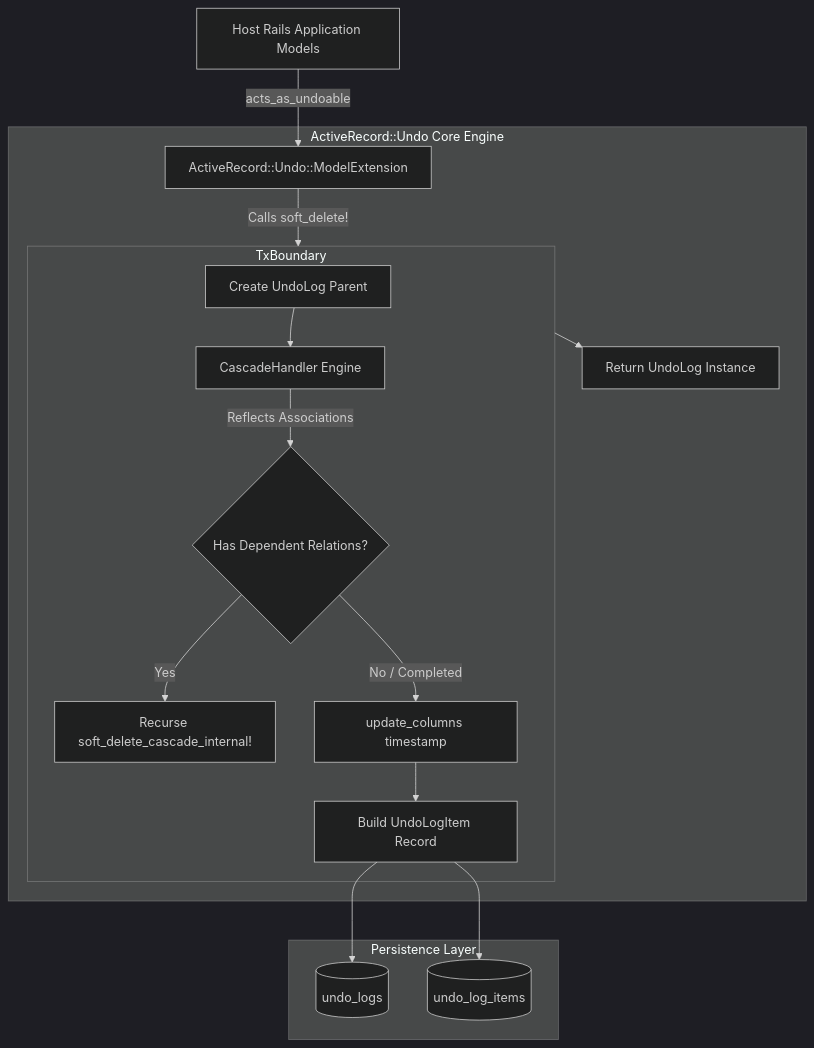
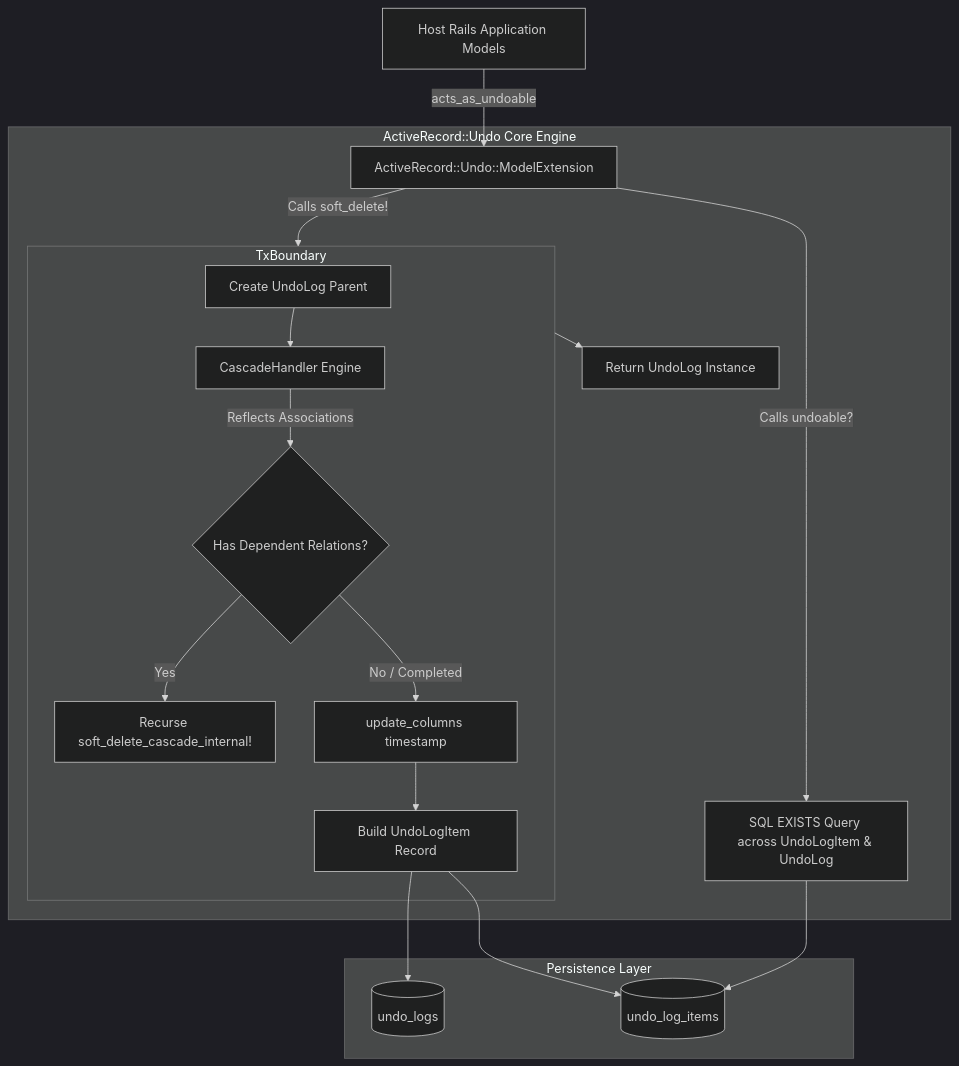
The first of 5 diagrams in DOCUMENTATION.md (saurabh-activecode/active_record-undo), drawn with Mermaid (dark theme) before and after one commit. The commit also changed other lines of this file, not shown here.

````diff
--- a/DOCUMENTATION.md
+++ b/DOCUMENTATION.md
@@ -9,24 +9,26 @@
 ```mermaid
 graph TD
     SubGraphHostApp[Host Rails Application Models] -->|acts_as_undoable| ModelExt[ActiveRecord::Undo::ModelExtension]
     
     subgraph GemCore[ActiveRecord::Undo Core Engine]
         ModelExt -->|Calls soft_delete!| TxBoundary[ActiveRecord::Base.transaction]
+        ModelExt -->|Calls undoable?| CheckQuery[SQL EXISTS Query across UndoLogItem & UndoLog]
         
         subgraph TxBoundary
             CreateLog[Create UndoLog Parent]
             CreateLog --> Cascade[CascadeHandler Engine]
             Cascade -->|Reflects Associations| AssociationLoop{Has Dependent Relations?}
             AssociationLoop -->|Yes| RecursiveCall[Recurse soft_delete_cascade_internal!]
             AssociationLoop -->|No / Completed| UpdateCol[update_columns timestamp]
             UpdateCol --> AppendItem[Build UndoLogItem Record]
         end
         
         TxBoundary --> LogResult[Return UndoLog Instance]
     end
 
     subgraph DatabaseStorage[Persistence Layer]
         AppendItem --> UndoLogTable[(undo_logs)]
         AppendItem --> UndoItemTable[(undo_log_items)]
+        CheckQuery --> UndoItemTable
     end
 ```
````
